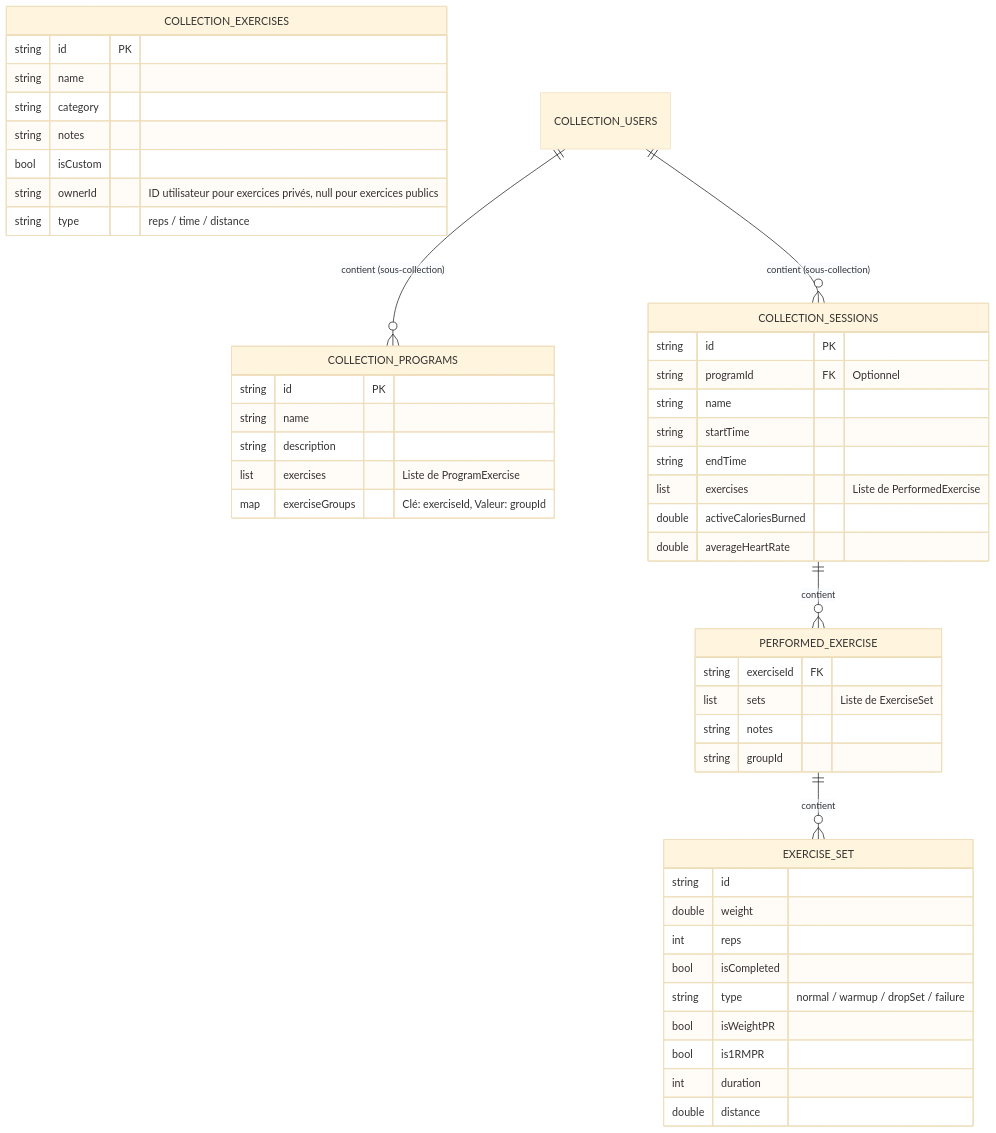
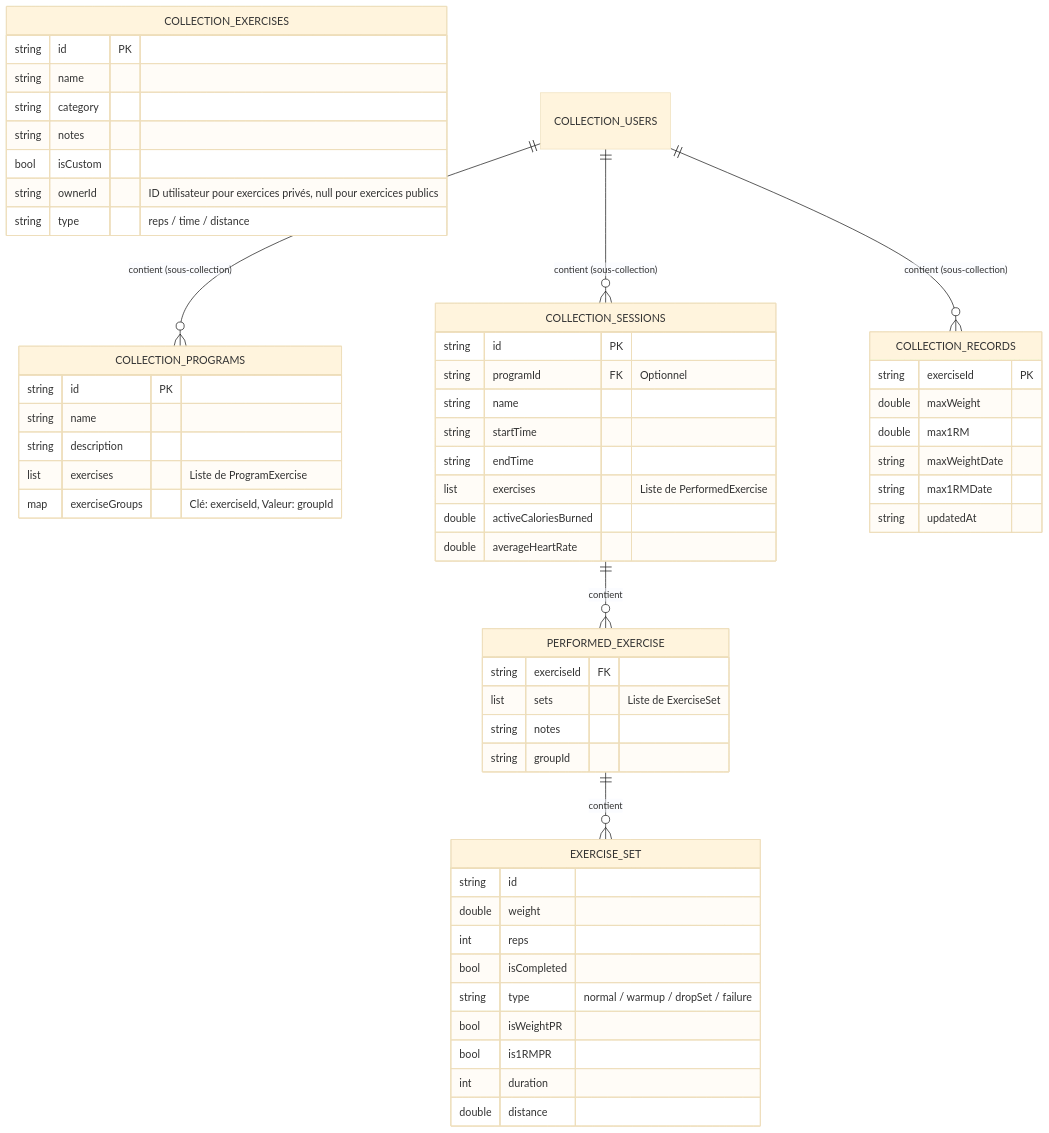
The diagram in README.md (Loris2p/projetSport), drawn with Mermaid (base theme) before and after one commit. The commit also changed other lines of this file, not shown here.

Commit message:
chore : maj de README.md

````diff
--- a/README.md
+++ b/README.md
@@ -19,56 +20,66 @@
 ```mermaid
 erDiagram
     COLLECTION_EXERCISES {
         string id PK
         string name
         string category
         string notes
         bool isCustom
         string ownerId "ID utilisateur pour exercices privés, null pour exercices publics"
         string type "reps / time / distance"
     }
 
     COLLECTION_USERS ||--o{ COLLECTION_PROGRAMS : "contient (sous-collection)"
     COLLECTION_USERS ||--o{ COLLECTION_SESSIONS : "contient (sous-collection)"
+    COLLECTION_USERS ||--o{ COLLECTION_RECORDS : "contient (sous-collection)"
 
     COLLECTION_PROGRAMS {
         string id PK
         string name
         string description
         list exercises "Liste de ProgramExercise"
         map exerciseGroups "Clé: exerciseId, Valeur: groupId"
     }
 
     COLLECTION_SESSIONS {
         string id PK
         string programId FK "Optionnel"
         string name
         string startTime
         string endTime
         list exercises "Liste de PerformedExercise"
         double activeCaloriesBurned
         double averageHeartRate
+    }
+
+    COLLECTION_RECORDS {
+        string exerciseId PK
+        double maxWeight
+        double max1RM
+        string maxWeightDate
+        string max1RMDate
+        string updatedAt
     }
 
     PERFORMED_EXERCISE {
         string exerciseId FK
         list sets "Liste de ExerciseSet"
         string notes
         string groupId
     }
 
     EXERCISE_SET {
         string id
         double weight
         int reps
         bool isCompleted
         string type "normal / warmup / dropSet / failure"
         bool isWeightPR
         bool is1RMPR
         int duration
         double distance
     }
 
     COLLECTION_SESSIONS ||--o{ PERFORMED_EXERCISE : "contient"
     PERFORMED_EXERCISE ||--o{ EXERCISE_SET : "contient"
 ```
````
